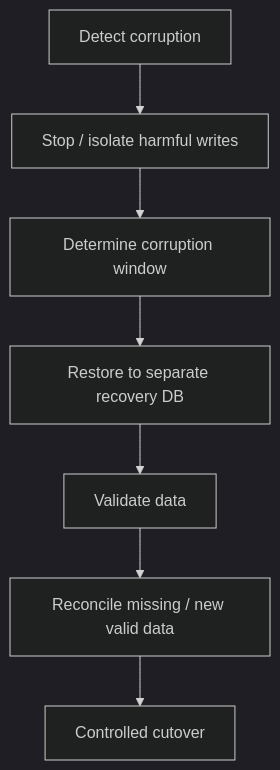
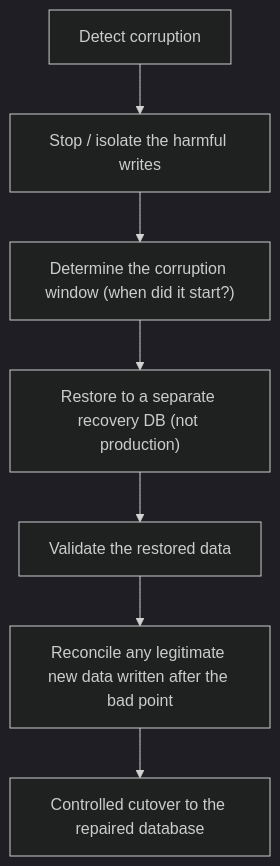
One commit to pankajThakur1874/studysheet changed the eighth of 29 diagrams in files/08-edge-cases/Tier-1-Production-Failures.md. Above: the diagram before and after it, drawn with Mermaid (dark theme). The commit also changed other lines of this file and 5 other files, not shown here.

````diff
--- a/files/08-edge-cases/Tier-1-Production-Failures.md
+++ b/files/08-edge-cases/Tier-1-Production-Failures.md
@@ -338,9 +389,9 @@
 ```mermaid
 flowchart TD
-    A["Detect corruption"] --> B["Stop / isolate harmful writes"]
-    B --> C["Determine corruption window"]
-    C --> D["Restore to separate recovery DB"]
-    D --> E["Validate data"]
-    E --> F["Reconcile missing / new valid data"]
-    F --> G["Controlled cutover"]
+    A["Detect corruption"] --> B["Stop / isolate the harmful writes"]
+    B --> C["Determine the corruption window (when did it start?)"]
+    C --> D["Restore to a separate recovery DB (not production)"]
+    D --> E["Validate the restored data"]
+    E --> F["Reconcile any legitimate new data written after the bad point"]
+    F --> G["Controlled cutover to the repaired database"]
 ```
````
